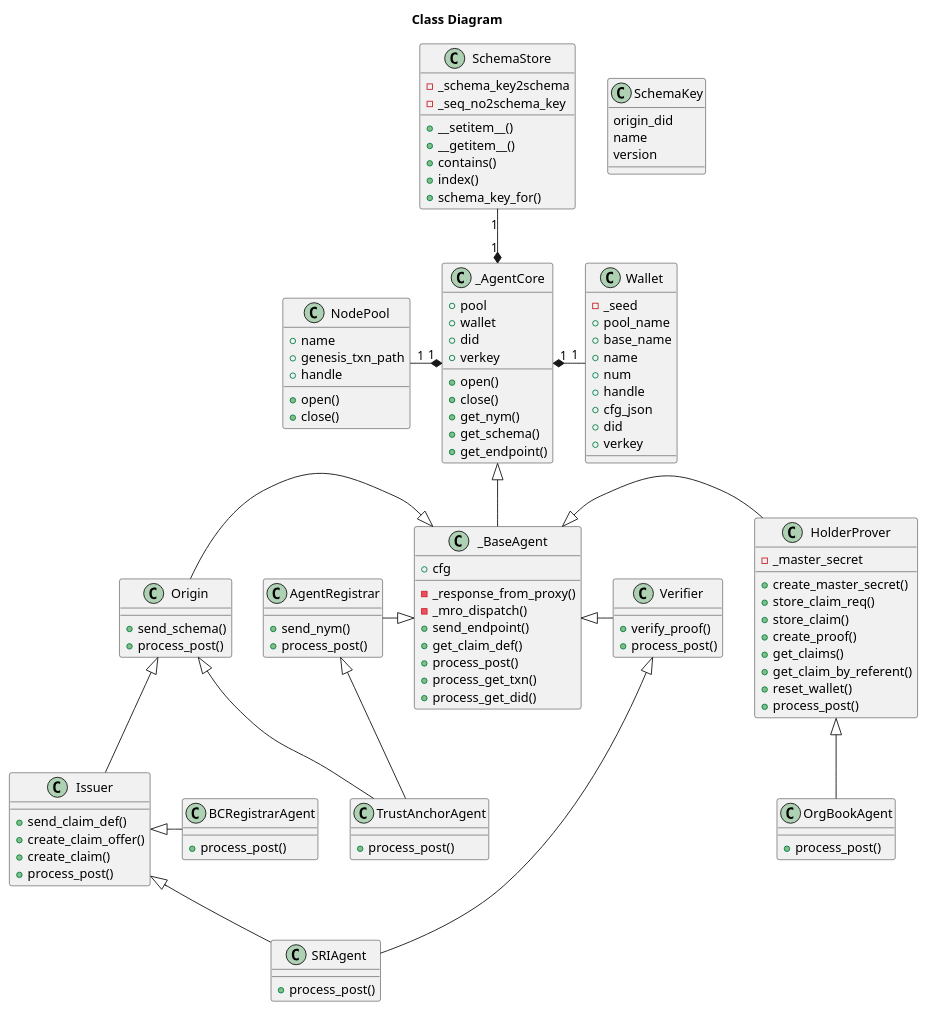
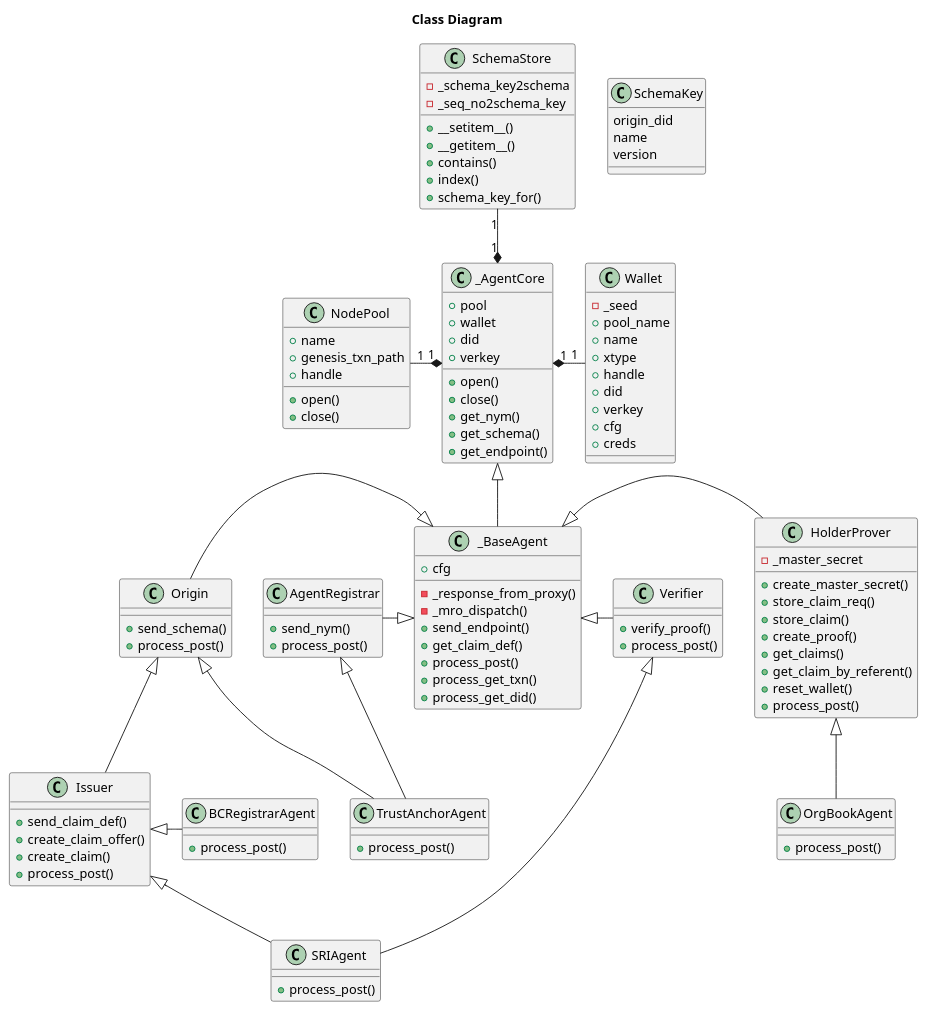
Before and after one commit to PSPC-SPAC-buyandsell/von_base: the diagram in doc/pic/src/class.puml, drawn with PlantUML. The commit also changed 2 other files, not shown here.

```diff
--- a/doc/pic/src/class.puml
+++ b/doc/pic/src/class.puml
@@ -1,150 +1,150 @@
 @startuml
 /'
 Copyright 2017-2018 Government of Canada - Public Services and Procurement Canada - buyandsell.gc.ca
 
 Licensed under the Apache License, Version 2.0 (the "License");
 you may not use this file except in compliance with the License.
 You may obtain a copy of the License at
 
 http://www.apache.org/licenses/LICENSE-2.0
 
 Unless required by applicable law or agreed to in writing, software
 distributed under the License is distributed on an "AS IS" BASIS,
 WITHOUT WARRANTIES OR CONDITIONS OF ANY KIND, either express or implied.
 See the License for the specific language governing permissions and
 limitations under the License.
 '/
 
 title Class Diagram
 
 class SchemaKey {
     origin_did
     name
     version
 }
 
 class SchemaStore {
     -_schema_key2schema
     -_seq_no2schema_key
     +__setitem__()
     +__getitem__()
     +contains()
     +index()
     +schema_key_for()
 }
 
 class Wallet {
     -_seed
     +pool_name
-    +base_name
     +name
-    +num
+    +xtype
     +handle
-    +cfg_json
     +did
     +verkey
+    +cfg
+    +creds
 }
 
 class NodePool {
     +name
     +genesis_txn_path
     +handle
     +open()
     +close()
 }
 
 class _AgentCore {
     +pool
     +wallet
     +did
     +verkey
     +open()
     +close()
     +get_nym()
     +get_schema()
     +get_endpoint()
 }
 
 class _BaseAgent {
     +cfg
     -_response_from_proxy()
     -_mro_dispatch()
     +send_endpoint()
     +get_claim_def()
     +process_post()
     +process_get_txn()
     +process_get_did()
 }
 
 class AgentRegistrar {
     +send_nym()
     +process_post()
 }
 
 class Origin {
     +send_schema()
     +process_post()
 }
 
 class Issuer {
     +send_claim_def()
     +create_claim_offer()
     +create_claim()
     +process_post()
 }
 
 class HolderProver {
     -_master_secret
     +create_master_secret()
     +store_claim_req()
     +store_claim()
     +create_proof()
     +get_claims()
     +get_claim_by_referent()
     +reset_wallet()
     +process_post()
 }
 
 class Verifier {
     +verify_proof()
     +process_post()
 }
 
 class TrustAnchorAgent {
     +process_post()
 }
 
 class SRIAgent {
     +process_post()
 }
 
 class BCRegistrarAgent {
     +process_post()
 }
 
 class OrgBookAgent {
     +process_post()
 }
 
 _AgentCore "1" *-up- "1" SchemaStore
 _AgentCore "1" *-left- "1" NodePool
 _AgentCore "1" *-right- "1" Wallet
 
 _AgentCore <|-down- _BaseAgent
 _BaseAgent <|-left- AgentRegistrar
 _BaseAgent <|-left- Origin
 _BaseAgent <|-right- HolderProver
 _BaseAgent <|-right- Verifier
 
 AgentRegistrar <|-down- TrustAnchorAgent
 Origin <|-down- TrustAnchorAgent
 Origin <|-down- Issuer
 
 Issuer <|-down- SRIAgent
 Verifier <|-down- SRIAgent
 
 Issuer <|- BCRegistrarAgent
 
 HolderProver <|-down- OrgBookAgent
 
 @enduml
```
